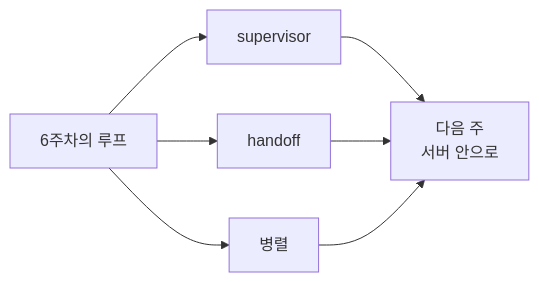
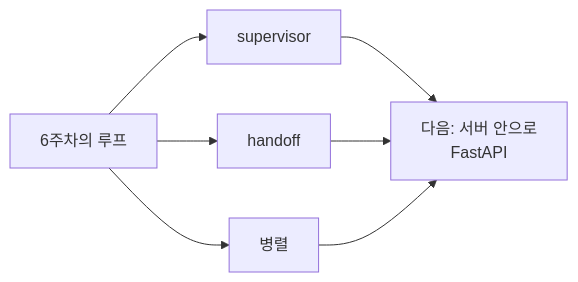
Before and after one commit to 2026-ai-service-engineering-a/ai_service_engineering-track_a: diagram 38 of 38 in site/src/content/slides/ko/session-07/index.mdx, drawn with Mermaid.

Commit message:
Soften the next-week wording in the closing diagram
Claude-Session: https://claude.ai/code/session_01JMr4rPWqHCjyX16UergjHk

````diff
--- a/site/src/content/slides/ko/session-07/index.mdx
+++ b/site/src/content/slides/ko/session-07/index.mdx
@@ -1949,5 +1949,5 @@
 ```mermaid
 flowchart LR
     L["6주차의 루프"] --> S["supervisor"] & H["handoff"] & P["병렬"]
-    S & H & P --> N["다음 주<br/>서버 안으로"]
+    S & H & P --> N["다음: 서버 안으로<br/>FastAPI"]
 ```
````
